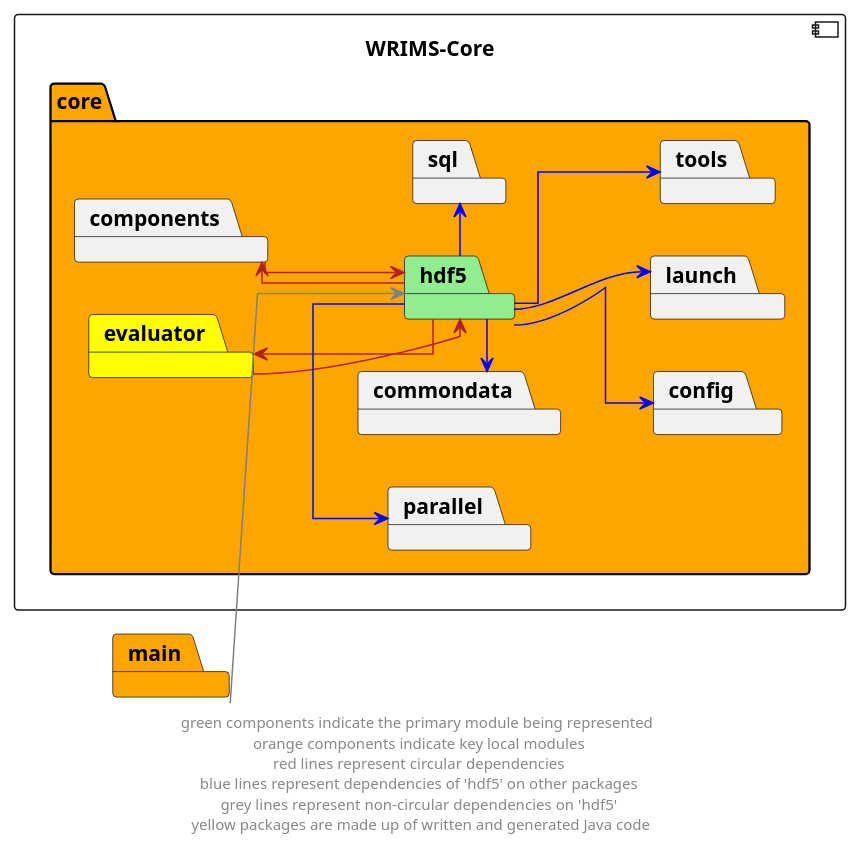
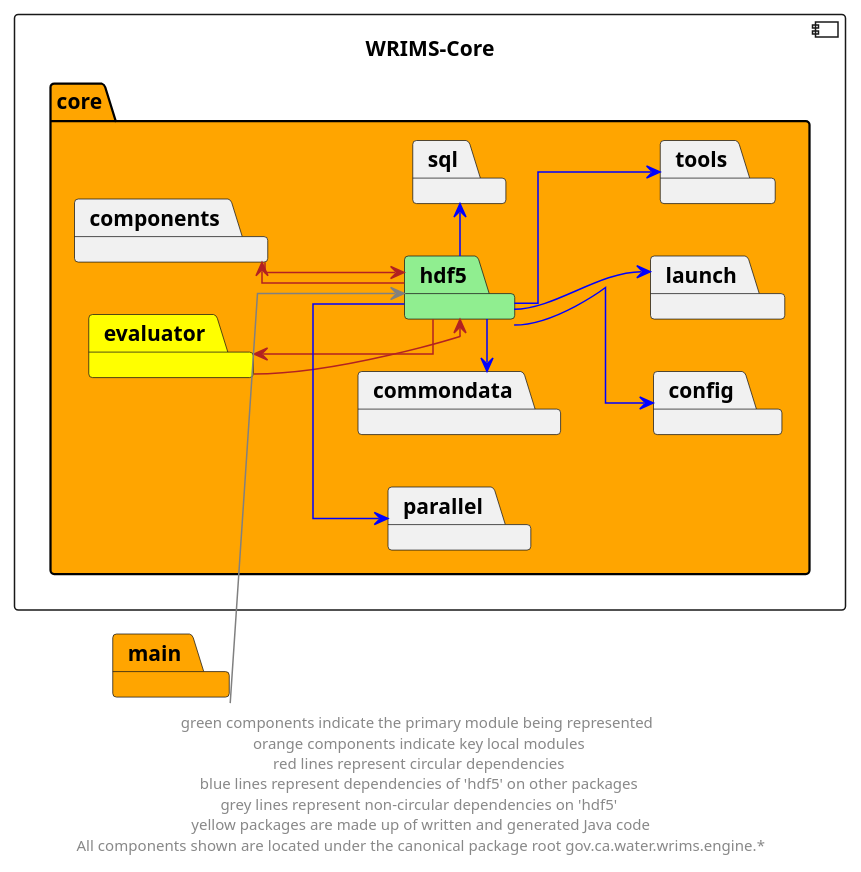
One commit to CentralValleyModeling/wrims-engine changed the diagram in docs/diagrams/wrims-core/wrims-core_hdf5.puml. Above: the diagram before and after it, drawn with PlantUML. The commit also changed 34 other files, not shown here.

Commit message:
Added missing canonical tld path references to diagrams

```diff
--- a/docs/diagrams/wrims-core/wrims-core_hdf5.puml
+++ b/docs/diagrams/wrims-core/wrims-core_hdf5.puml
@@ -1,37 +1,37 @@
 @startuml
 left to right direction
 skinparam linetype ortho
 
 component wrims_core as "WRIMS-Core" {
     package core #orange {
         package hdf5 #lightgreen
         package commondata
         package components
         package config
         package evaluator #yellow
         package launch
         package parallel
         package tools
         package sql
     }
 }
 package main #orange
 
 hdf5 -left->  components #firebrick
 components -->  hdf5 #firebrick
 hdf5 -left->  evaluator #firebrick
 evaluator -->  hdf5 #firebrick
 
 hdf5 -right->  sql #blue
 hdf5 -l->  commondata #blue
 hdf5 -->  config #blue
 hdf5 -->  launch #blue
 hdf5 -l->  parallel #blue
 hdf5 -->  tools #blue
 main --> hdf5 #grey
 
 ' The following relationships are hidden and used to format the diagram. They do not represent actual dependencies.
 'debug -r[hidden]-> evaluator
 
-footer "green components indicate the primary module being represented \n orange components indicate key local modules \n red lines represent circular dependencies \n blue lines represent dependencies of 'hdf5' on other packages \n grey lines represent non-circular dependencies on 'hdf5' \n yellow packages are made up of written and generated Java code"
+footer "green components indicate the primary module being represented \n orange components indicate key local modules \n red lines represent circular dependencies \n blue lines represent dependencies of 'hdf5' on other packages \n grey lines represent non-circular dependencies on 'hdf5' \n yellow packages are made up of written and generated Java code\n All components shown are located under the canonical package root gov.ca.water.wrims.engine.*"
 @enduml
```
